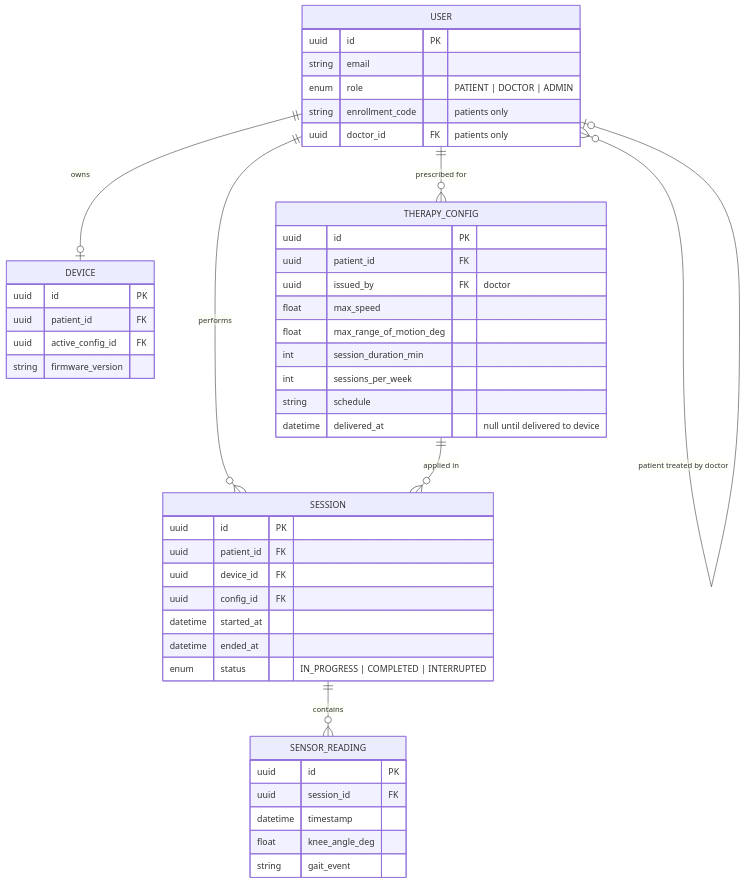
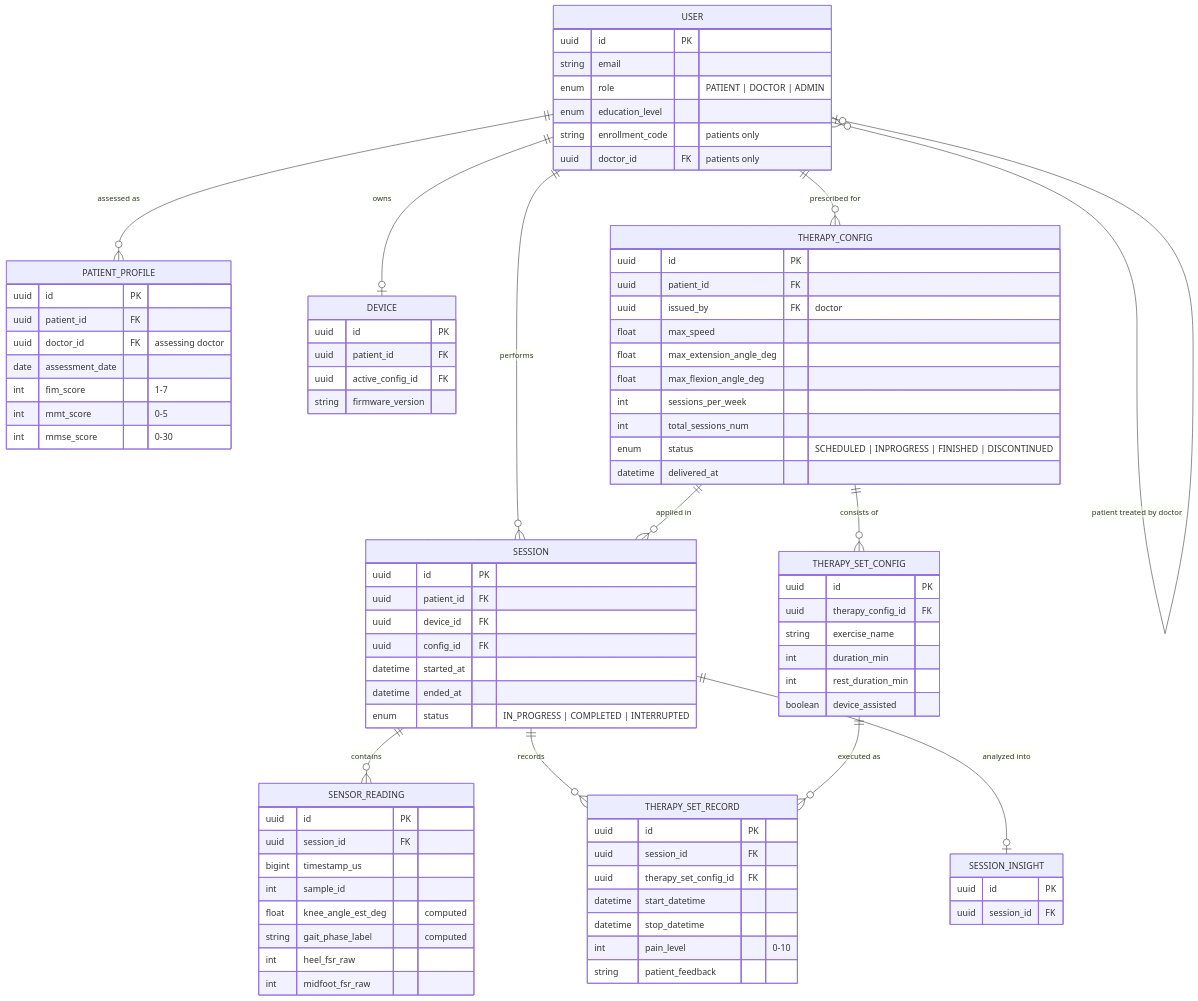
Before and after one commit to mariamismail8icloud-glitch/knevo: the third of 3 diagrams in spec-and-architecture.md, drawn with Mermaid. The commit also changed other lines of this file, not shown here.

````diff
--- a/spec-and-architecture.md
+++ b/spec-and-architecture.md
@@ -195,8 +207,18 @@
         uuid id PK
         string email
         enum role "PATIENT | DOCTOR | ADMIN"
+        enum education_level
         string enrollment_code "patients only"
         uuid doctor_id FK "patients only"
+    }
+    PATIENT_PROFILE {
+        uuid id PK
+        uuid patient_id FK
+        uuid doctor_id FK "assessing doctor"
+        date assessment_date
+        int fim_score "1-7"
+        int mmt_score "0-5"
+        int mmse_score "0-30"
     }
     DEVICE {
         uuid id PK
@@ -209,11 +231,20 @@
         uuid patient_id FK
         uuid issued_by FK "doctor"
         float max_speed
-        float max_range_of_motion_deg
-        int session_duration_min
+        float max_extension_angle_deg
+        float max_flexion_angle_deg
         int sessions_per_week
-        string schedule
-        datetime delivered_at "null until delivered to device"
+        int total_sessions_num
+        enum status "SCHEDULED | INPROGRESS | FINISHED | DISCONTINUED"
+        datetime delivered_at
+    }
+    THERAPY_SET_CONFIG {
+        uuid id PK
+        uuid therapy_config_id FK
+        string exercise_name
+        int duration_min
+        int rest_duration_min
+        boolean device_assisted
     }
     SESSION {
         uuid id PK
@@ -224,18 +255,39 @@
         datetime ended_at
         enum status "IN_PROGRESS | COMPLETED | INTERRUPTED"
     }
+    THERAPY_SET_RECORD {
+        uuid id PK
+        uuid session_id FK
+        uuid therapy_set_config_id FK
+        datetime start_datetime
+        datetime stop_datetime
+        int pain_level "0-10"
+        string patient_feedback
+    }
     SENSOR_READING {
         uuid id PK
         uuid session_id FK
-        datetime timestamp
-        float knee_angle_deg
-        string gait_event
+        bigint timestamp_us
+        int sample_id
+        float knee_angle_est_deg "computed"
+        string gait_phase_label "computed"
+        int heel_fsr_raw
+        int midfoot_fsr_raw
+    }
+    SESSION_INSIGHT {
+        uuid id PK
+        uuid session_id FK
     }
 
     USER ||--o{ SESSION : "performs"
     USER ||--o{ THERAPY_CONFIG : "prescribed for"
     USER ||--o| DEVICE : "owns"
     USER }o--o| USER : "patient treated by doctor"
+    USER ||--o{ PATIENT_PROFILE : "assessed as"
     THERAPY_CONFIG ||--o{ SESSION : "applied in"
+    THERAPY_CONFIG ||--o{ THERAPY_SET_CONFIG : "consists of"
     SESSION ||--o{ SENSOR_READING : "contains"
+    SESSION ||--o{ THERAPY_SET_RECORD : "records"
+    THERAPY_SET_CONFIG ||--o{ THERAPY_SET_RECORD : "executed as"
+    SESSION ||--o| SESSION_INSIGHT : "analyzed into"
 ```
````
